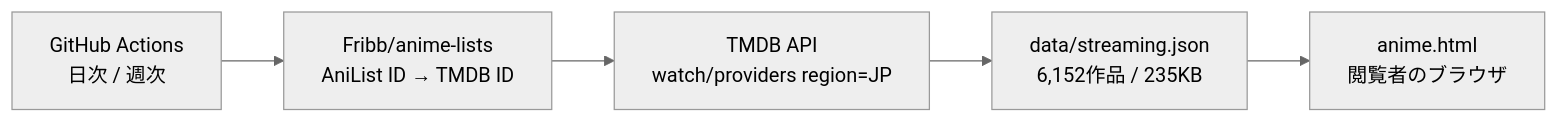
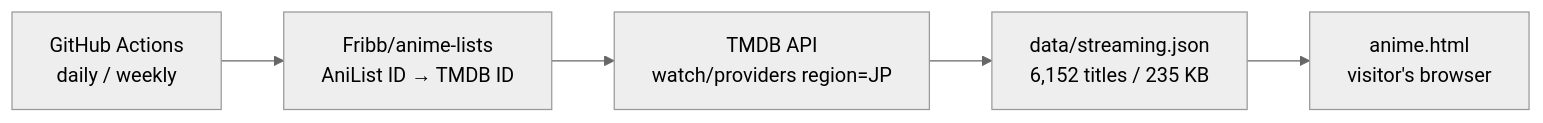
One commit to Naatlant/courdeck changed the diagram in README.md. Above: the diagram before and after it, drawn with Mermaid (neutral theme). The commit also changed other lines of this file and 1 other file, not shown here.

````diff
--- a/README.md
+++ b/README.md
@@ -44,7 +55,7 @@
 ```mermaid
 flowchart LR
-    A[GitHub Actions<br/>日次 / 週次] --> B[Fribb/anime-lists<br/>AniList ID → TMDB ID]
+    A[GitHub Actions<br/>daily / weekly] --> B[Fribb/anime-lists<br/>AniList ID → TMDB ID]
     B --> C[TMDB API<br/>watch/providers region=JP]
-    C --> D[data/streaming.json<br/>6,152作品 / 235KB]
-    D --> E[anime.html<br/>閲覧者のブラウザ]
+    C --> D[data/streaming.json<br/>6,152 titles / 235 KB]
+    D --> E[anime.html<br/>visitor's browser]
 ```
````
